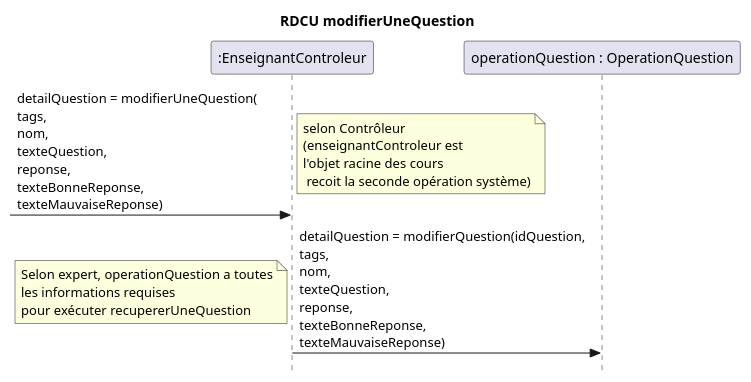
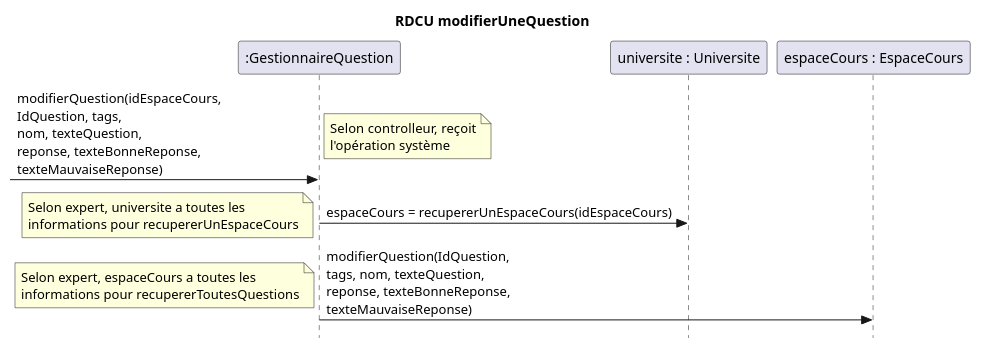
The diagram in docs/Modifier question/RDCU_Modifier_Question.puml (nerdz88/SGA-TS), drawn with PlantUML before and after one commit. The commit also changed other lines of this file and 39 other files, not shown here.

```diff
--- a/docs/Modifier question/RDCU_Modifier_Question.puml
+++ b/docs/Modifier question/RDCU_Modifier_Question.puml
@@ -15,11 +1,14 @@
 @startuml modifierQuestionFinal
 skinparam style strictuml
 skinparam defaultfontname Verdana
 title RDCU modifierUneQuestion
-participant ":EnseignantControleur" as controleur
-participant "operationQuestion : OperationQuestion" as opQuestion
-->controleur : detailQuestion = modifierUneQuestion(\ntags,\nnom,\ntexteQuestion,\nreponse,\ntexteBonneReponse,\ntexteMauvaiseReponse)
-note right :  selon Contrôleur\n(enseignantControleur est\nl'objet racine des cours\n recoit la seconde opération système)
-controleur -> opQuestion : detailQuestion = modifierQuestion(idQuestion,\ntags,\nnom,\ntexteQuestion,\nreponse,\ntexteBonneReponse,\ntexteMauvaiseReponse)
-note left : Selon expert, operationQuestion a toutes\nles informations requises\npour exécuter recupererUneQuestion
+participant ":GestionnaireQuestion" as gestionQ
+participant "universite : Universite" as universite
+participant "espaceCours : EspaceCours" as cours
+-> gestionQ : modifierQuestion(idEspaceCours,\nIdQuestion, tags,\nnom, texteQuestion,\nreponse, texteBonneReponse,\ntexteMauvaiseReponse)
+note left : Selon controlleur, reçoit\nl'opération système
+gestionQ -> universite : espaceCours = recupererUnEspaceCours(idEspaceCours)
+note left : Selon expert, universite a toutes les\ninformations pour recupererUnEspaceCours
+gestionQ -> cours : modifierQuestion(IdQuestion,\ntags, nom, texteQuestion,\nreponse, texteBonneReponse,\ntexteMauvaiseReponse)
+note left : Selon expert, espaceCours a toutes les\ninformations pour recupererToutesQuestions
 @enduml
```
